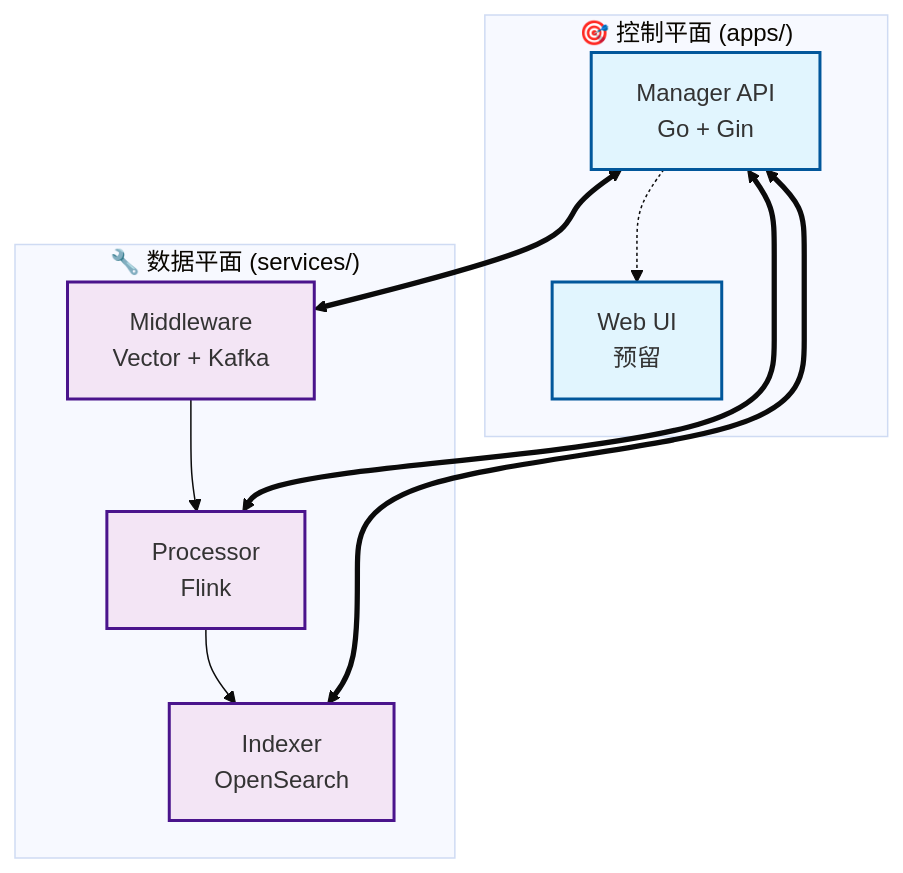
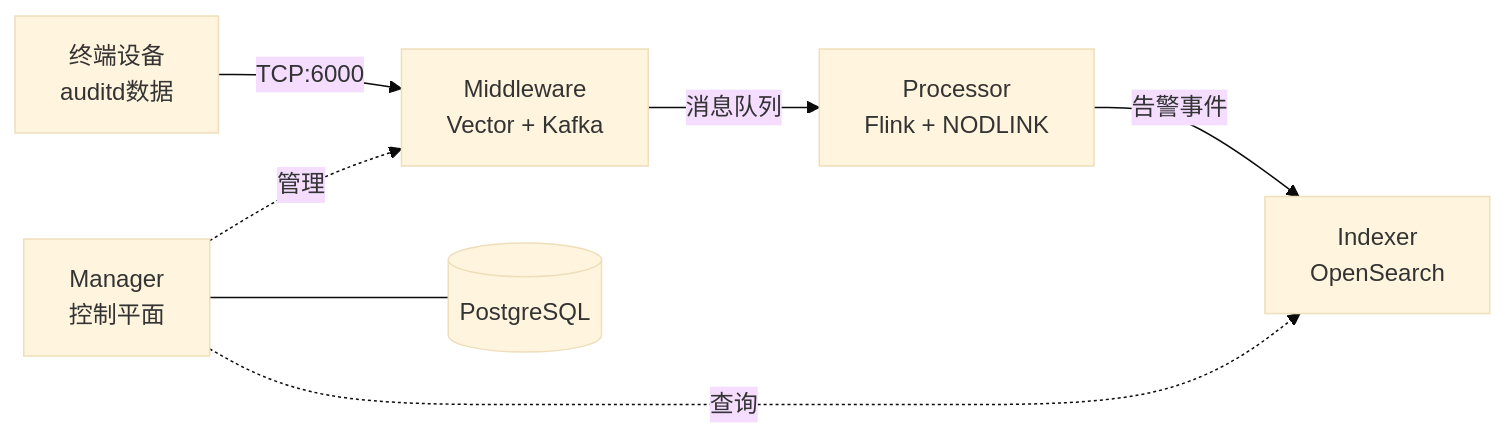
Before and after one commit to PKU-ASAL/SystemX: the diagram in README.md, drawn with Mermaid (base theme). The commit also changed other lines of this file and 12 other files, not shown here.

````diff
--- a/README.md
+++ b/README.md
@@ -10,26 +8,9 @@
 ```mermaid
-graph TB
-    subgraph "🎯 控制平面 (apps/)"
-        A1[Manager API<br/>Go + Gin]
-        A2[Web UI<br/>预留]
-        A1 -.-> A2
-    end
-    
-    subgraph "🔧 数据平面 (services/)"
-        S1[Middleware<br/>Vector + Kafka]
-        S2[Processor<br/>Flink]
-        S3[Indexer<br/>OpenSearch]
-        S1 --> S2
-        S2 --> S3
-    end
-    
-    A1 <==> S1
-    A1 <==> S2
-    A1 <==> S3
-    
-    classDef controlPlane fill:#e1f5fe,stroke:#01579b,stroke-width:2px
-    classDef dataPlane fill:#f3e5f5,stroke:#4a148c,stroke-width:2px
-    
-    class A1,A2 controlPlane
-    class S1,S2,S3 dataPlane
+graph LR
+    A[终端设备<br/>auditd数据] -->|TCP:6000| B[Middleware<br/>Vector + Kafka]
+    B -->|消息队列| C[Processor<br/>Flink + NODLINK]
+    C -->|告警事件| D[Indexer<br/>OpenSearch]
+    E[Manager<br/>控制平面] -.->|管理| B
+    E -.->|查询| D
+    E --- F[(PostgreSQL)]
 ```
````
